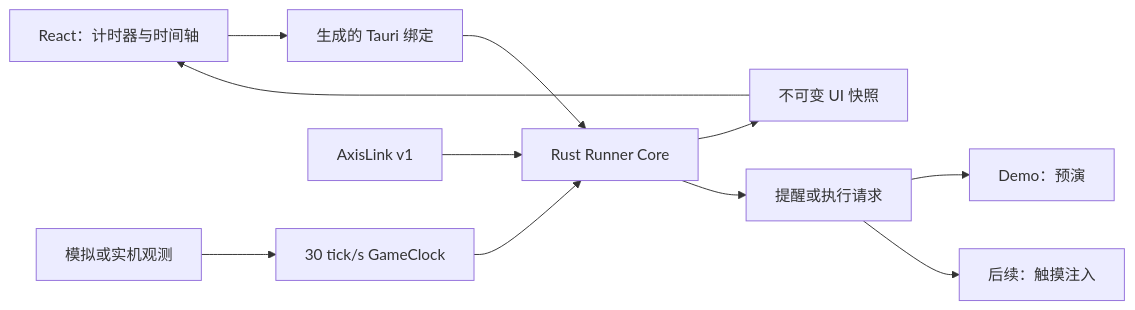
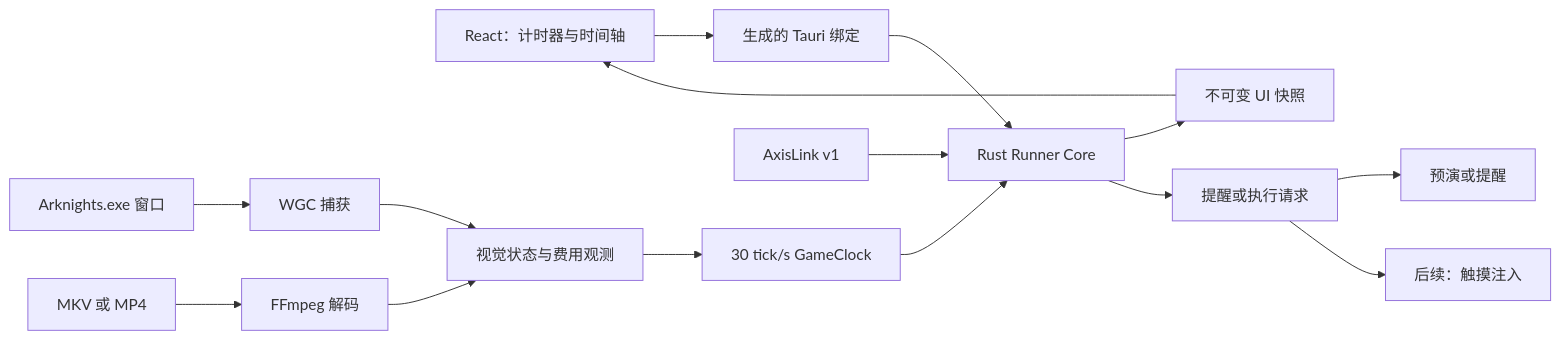
The diagram in docs/product/architecture.md (reKelin/Arknights-Operation-Console), drawn with Mermaid before and after one commit. The commit also changed other lines of this file and 6 other files, not shown here.

````diff
--- a/docs/product/architecture.md
+++ b/docs/product/architecture.md
@@ -19,13 +19,17 @@
 ```mermaid
 flowchart LR
   UI["React：计时器与时间轴"] --> Commands["生成的 Tauri 绑定"]
   Commands --> Core["Rust Runner Core"]
-  ClockSource["模拟或实机观测"] --> Clock["30 tick/s GameClock"]
+  Window["Arknights.exe 窗口"] --> Capture["WGC 捕获"]
+  Recording["MKV 或 MP4"] --> Decode["FFmpeg 解码"]
+  Capture --> Vision["视觉状态与费用观测"]
+  Decode --> Vision
+  Vision --> Clock["30 tick/s GameClock"]
   Clock --> Core
   Axis["AxisLink v1"] --> Core
   Core --> Snapshot["不可变 UI 快照"]
   Core --> Output["提醒或执行请求"]
   Snapshot --> UI
-  Output --> DryRun["Demo：预演"]
+  Output --> DryRun["预演或提醒"]
   Output --> Touch["后续：触摸注入"]
 ```
````
